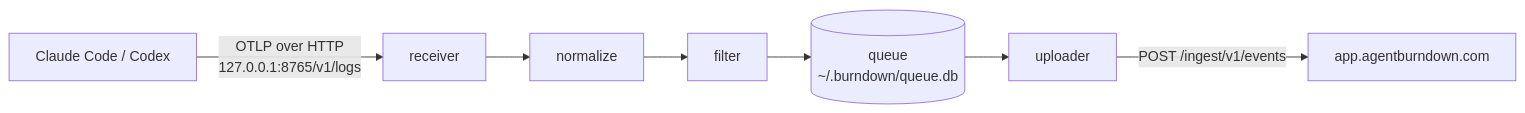
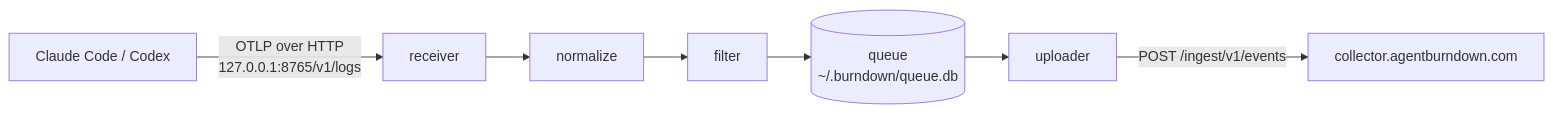
One commit to agent-burn-down/desktop-client changed the diagram in docs/architecture.md. Above: the diagram before and after it, drawn with Mermaid. The commit also changed 10 other files, not shown here.

````diff
--- a/docs/architecture.md
+++ b/docs/architecture.md
@@ -7,9 +7,9 @@
 ```mermaid
 flowchart LR
     A["Claude Code / Codex"] -->|"OTLP over HTTP<br/>127.0.0.1:8765/v1/logs"| R[receiver]
     R --> N[normalize]
     N --> F[filter]
     F --> Q[("queue<br/>~/.burndown/queue.db")]
     Q --> U[uploader]
-    U -->|"POST /ingest/v1/events"| B["app.agentburndown.com"]
+    U -->|"POST /ingest/v1/events"| B["collector.agentburndown.com"]
 ```
````
